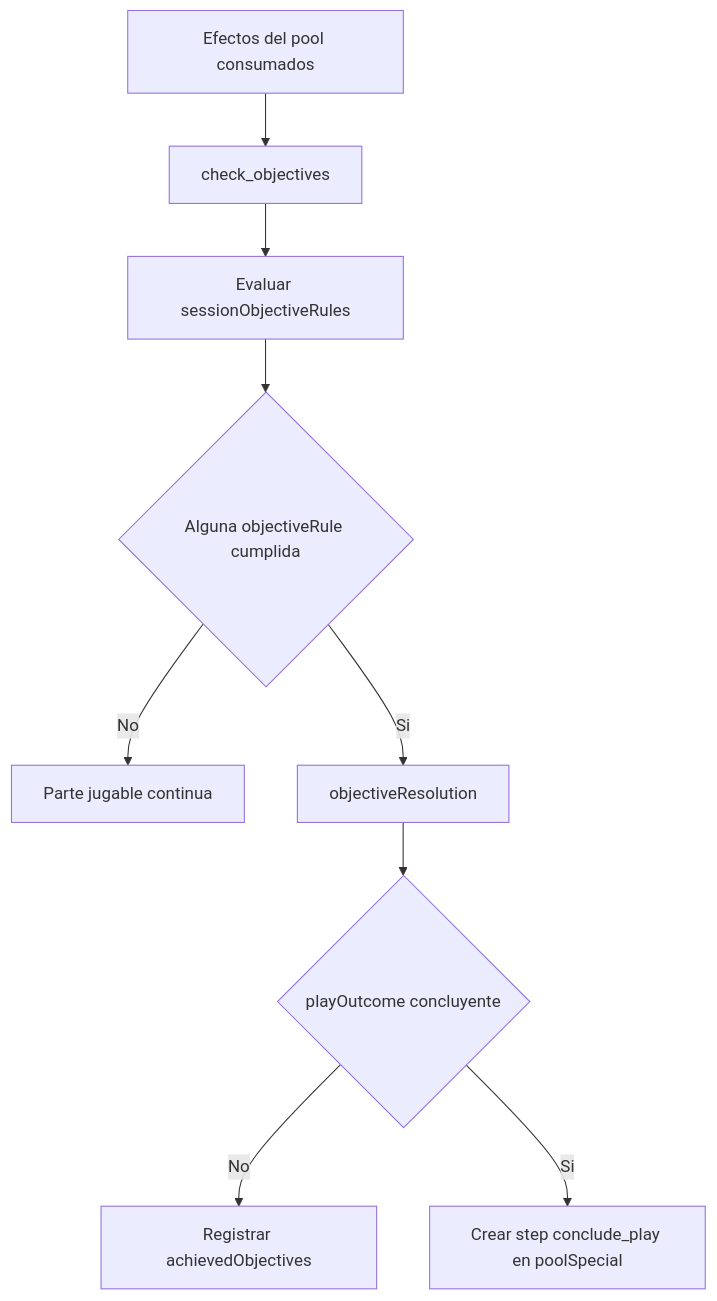
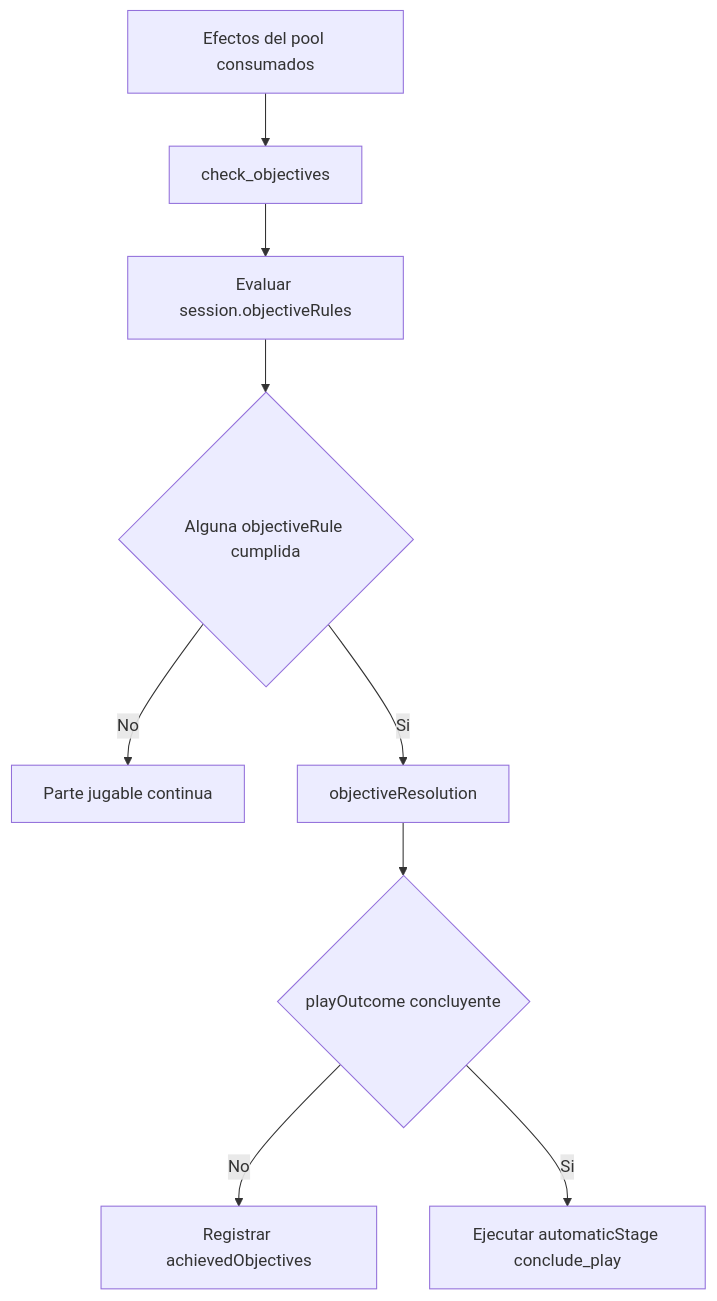
The tenth of 14 diagrams in docs/engine_flow_map.md (juanramonmorandeira/castronegro-director), drawn with Mermaid before and after one commit. The commit also changed other lines of this file and 37 other files, not shown here.

````diff
--- a/docs/engine_flow_map.md
+++ b/docs/engine_flow_map.md
@@ -469,11 +468,11 @@
 ```mermaid
 graph TD
   A[Efectos del pool consumados] --> B[check_objectives]
-  B --> C[Evaluar sessionObjectiveRules]
+  B --> C[Evaluar session.objectiveRules]
   C --> D{Alguna objectiveRule cumplida}
   D -->|No| E[Parte jugable continua]
   D -->|Si| F[objectiveResolution]
   F --> G{playOutcome concluyente}
   G -->|No| H[Registrar achievedObjectives]
-  G -->|Si| I[Crear step conclude_play en poolSpecial]
+  G -->|Si| I[Ejecutar automaticStage conclude_play]
 ```
````
